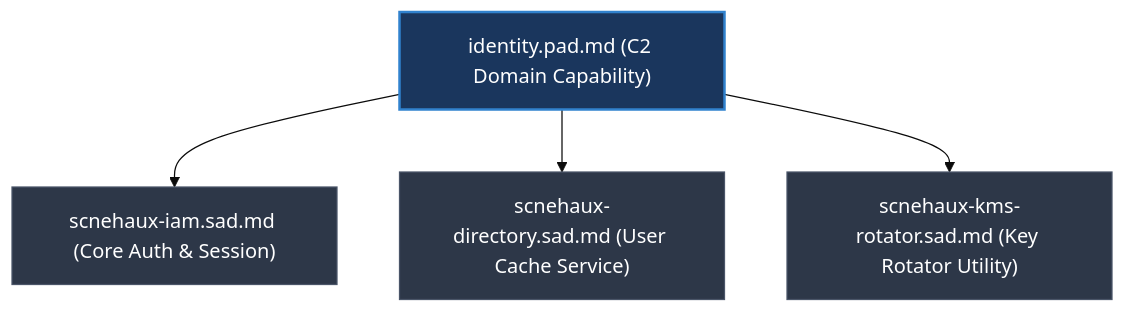
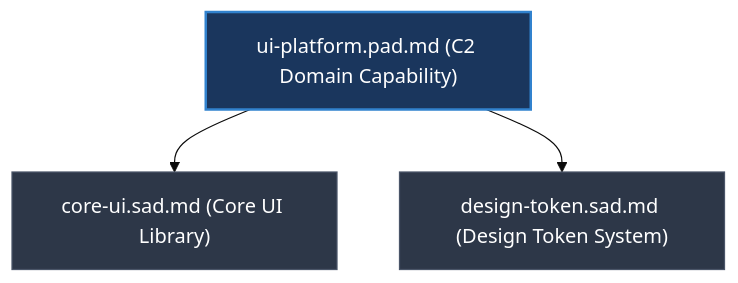
The fourth of 4 diagrams in 00-governance/GDC-000-governance-policy.md (anshacerbia2/scnehaux-architecture), drawn with Mermaid (base theme) before and after one commit. The commit also changed other lines of this file and 137 other files, not shown here.

Commit message:
Update governance guidelines and schemas

```diff
--- a/00-governance/GDC-000-governance-policy.md
+++ b/00-governance/GDC-000-governance-policy.md
@@ -328,12 +371,10 @@
 ~~~mermaid
 graph TD
-  PAD["identity.pad.md (C2 Domain Capability)"]
-  PAD --> SAD1["scnehaux-iam.sad.md (Core Auth & Session)"]
-  PAD --> SAD2["scnehaux-directory.sad.md (User Cache Service)"]
-  PAD --> SAD3["scnehaux-kms-rotator.sad.md (Key Rotator Utility)"]
+  PAD["ui-platform.pad.md (C2 Domain Capability)"]
+  PAD --> SAD1["core-ui.sad.md (Core UI Library)"]
+  PAD --> SAD2["design-token.sad.md (Design Token System)"]
 
   style PAD fill:#1a365d,stroke:#3182ce,stroke-width:2px,color:#fff
   style SAD1 fill:#2d3748,stroke:#4a5568,stroke-width:1px,color:#fff
   style SAD2 fill:#2d3748,stroke:#4a5568,stroke-width:1px,color:#fff
-  style SAD3 fill:#2d3748,stroke:#4a5568,stroke-width:1px,color:#fff
 ~~~
```
